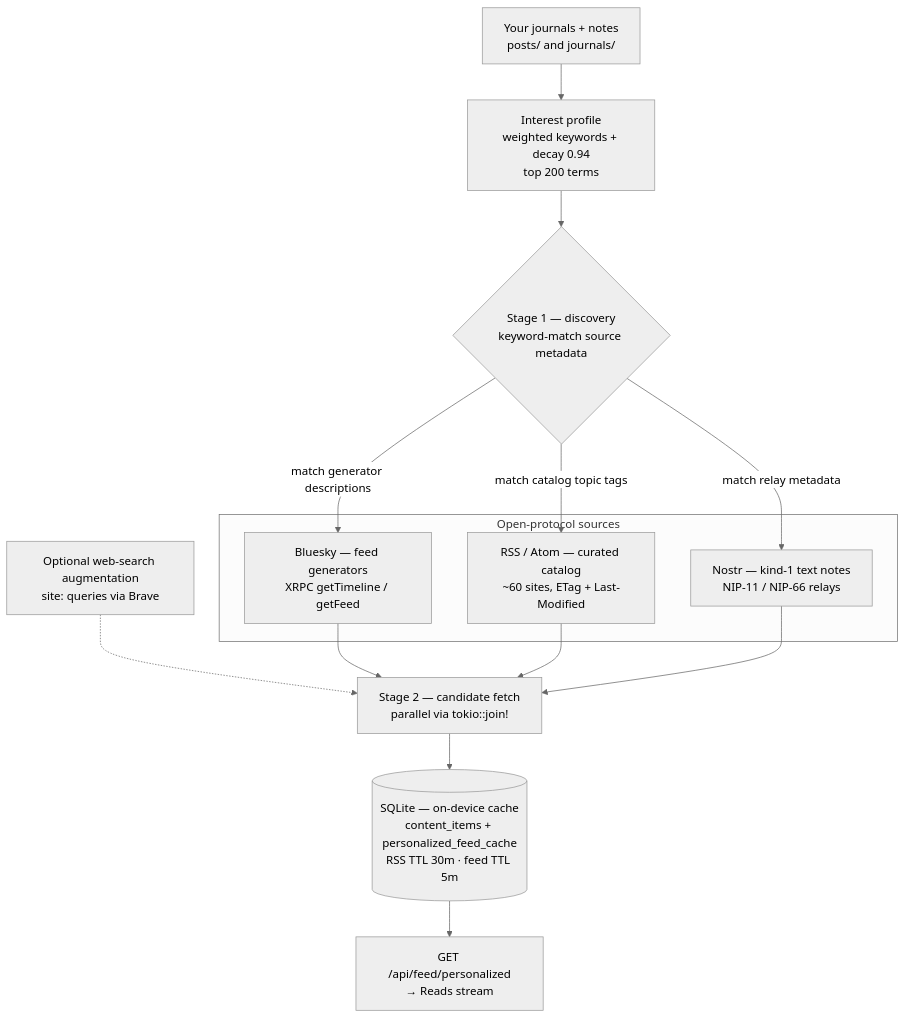
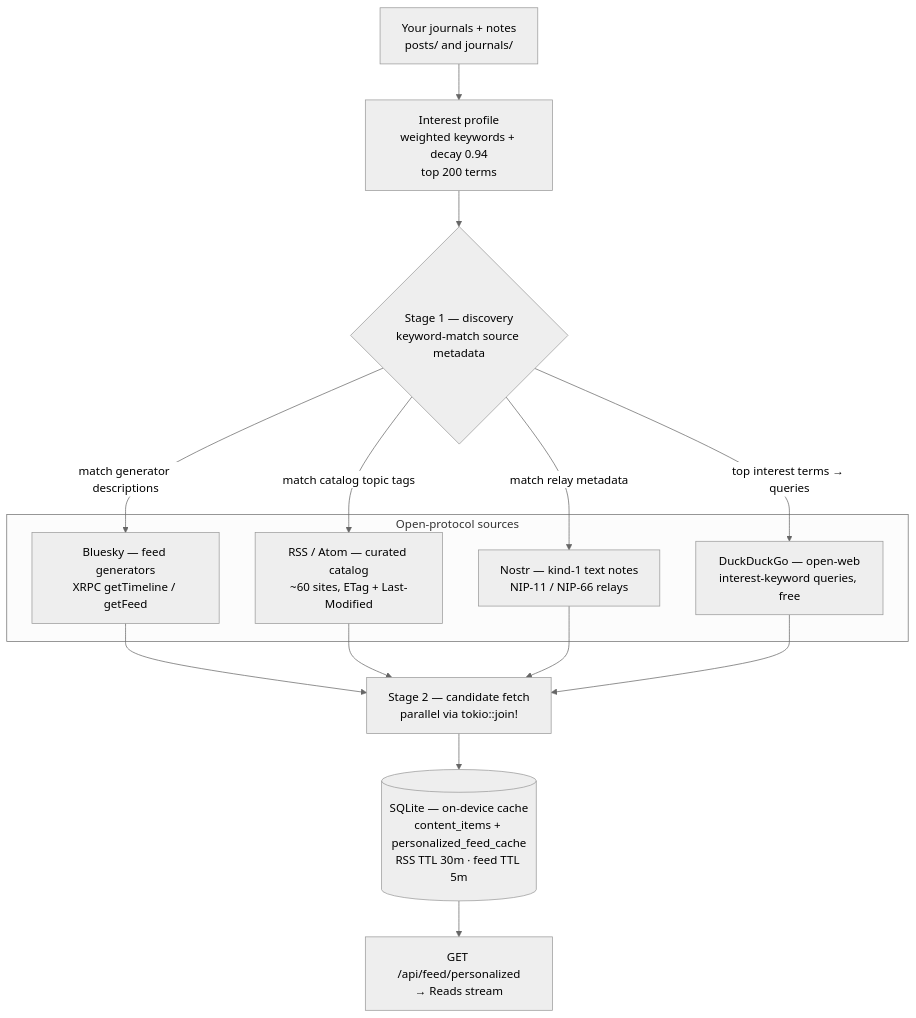
One commit to zanynik/slowclaw.social changed the first of 3 diagrams in README.md. Above: the diagram before and after it, drawn with Mermaid (neutral theme). The commit also changed other lines of this file and 2 other files, not shown here.

````diff
--- a/README.md
+++ b/README.md
@@ -29,23 +29,25 @@
 ```mermaid
 flowchart TB
     J["Your journals + notes<br/>posts/ and journals/"] --> IP["Interest profile<br/>weighted keywords + decay 0.94<br/>top 200 terms"]
     IP --> S1{"Stage 1 — discovery<br/>keyword-match source metadata"}
 
     subgraph SRC["Open-protocol sources"]
         BS["Bluesky — feed generators<br/>XRPC getTimeline / getFeed"]
         RSS["RSS / Atom — curated catalog<br/>~60 sites, ETag + Last-Modified"]
         NOS["Nostr — kind-1 text notes<br/>NIP-11 / NIP-66 relays"]
+        DDG["DuckDuckGo — open-web<br/>interest-keyword queries, free"]
     end
 
     S1 -->|"match generator descriptions"| BS
     S1 -->|"match catalog topic tags"| RSS
     S1 -->|"match relay metadata"| NOS
-    WSE["Optional web-search augmentation<br/>site: queries via Brave"] -.-> S2
+    S1 -->|"top interest terms → queries"| DDG
 
     BS --> S2["Stage 2 — candidate fetch<br/>parallel via tokio::join!"]
     RSS --> S2
     NOS --> S2
+    DDG --> S2
 
     S2 --> CACHE[("SQLite — on-device cache<br/>content_items + personalized_feed_cache<br/>RSS TTL 30m · feed TTL 5m")]
     CACHE --> SERVE["GET /api/feed/personalized<br/>→ Reads stream"]
 ```
````
